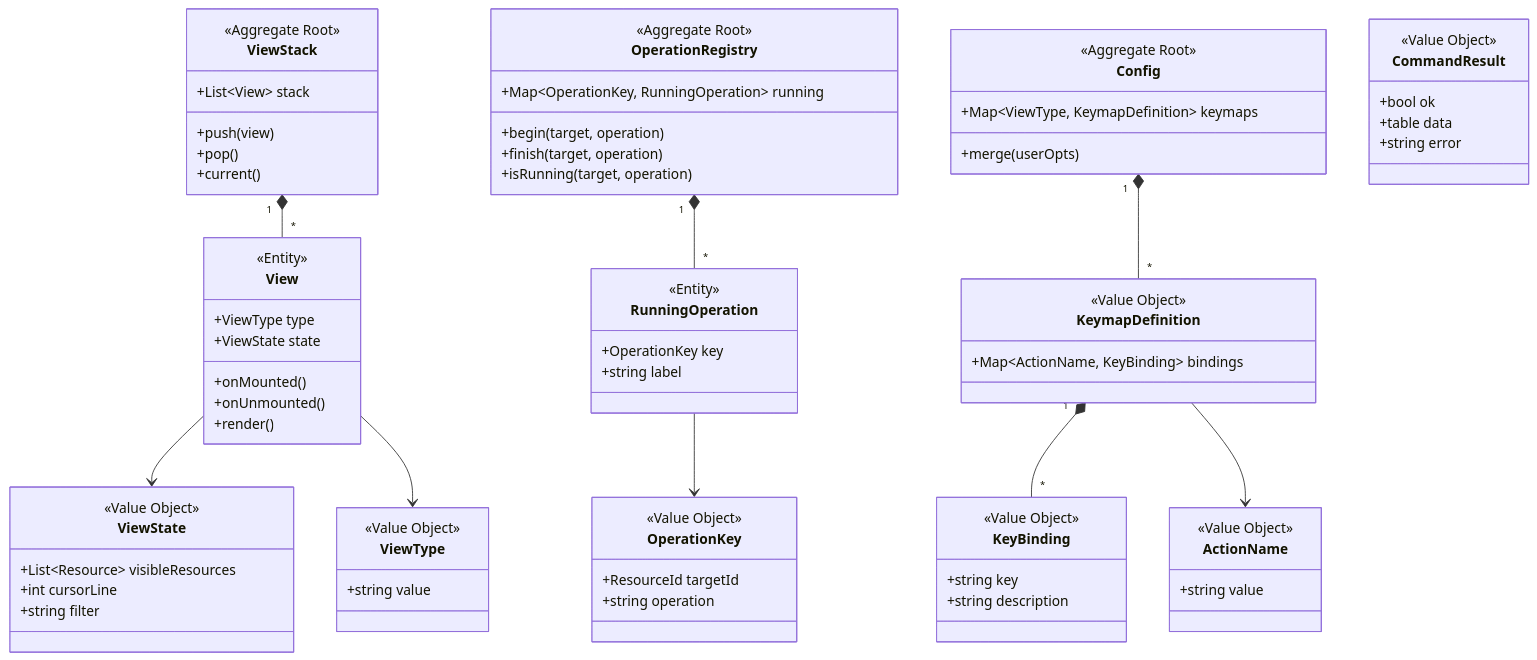
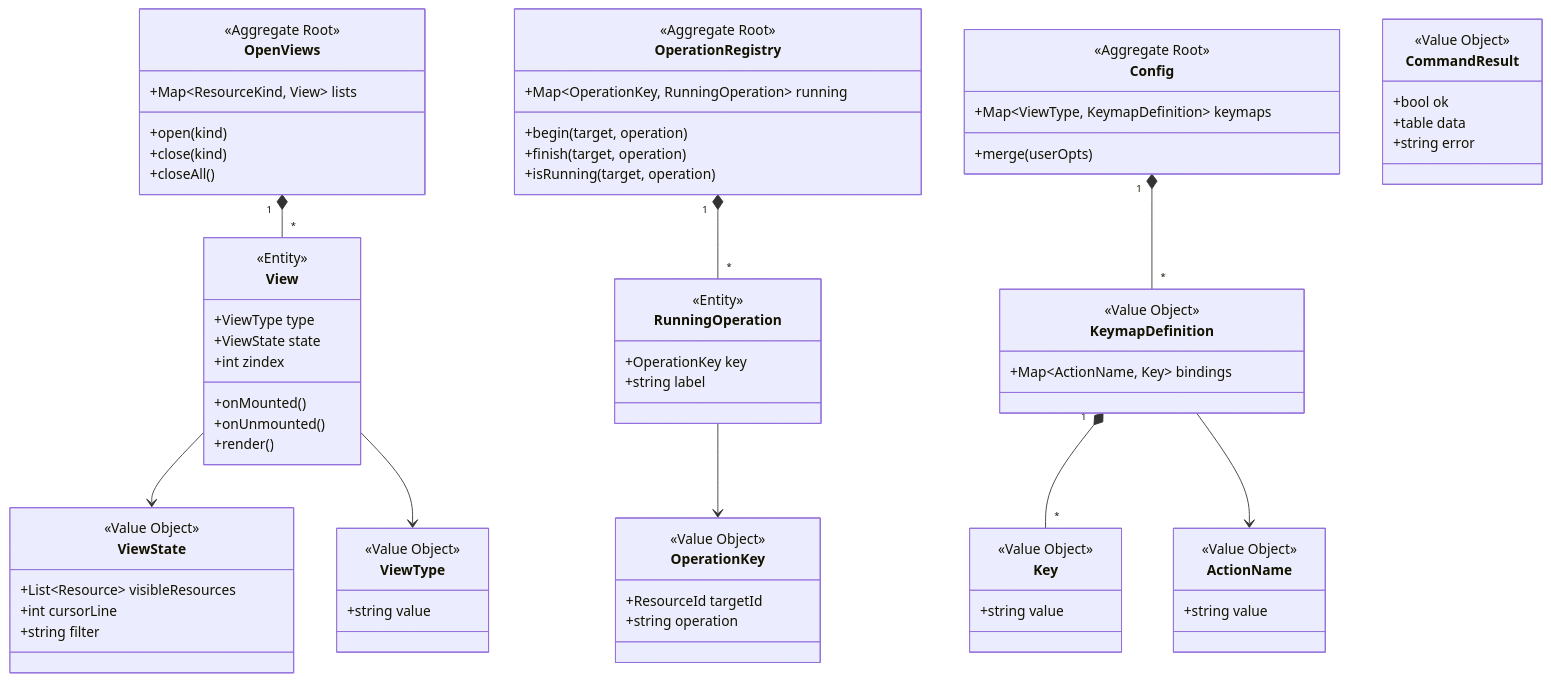
Before and after one commit to skanehira/docker.nvim: the third of 3 diagrams in docs/DOMAIN_MODEL.md, drawn with Mermaid. The commit also changed other lines of this file and 9 other files, not shown here.

````diff
--- a/docs/DOMAIN_MODEL.md
+++ b/docs/DOMAIN_MODEL.md
@@ -195,17 +198,18 @@
 ```mermaid
 classDiagram
-    class ViewStack {
+    class OpenViews {
         <<Aggregate Root>>
-        +List~View~ stack
-        +push(view)
-        +pop()
-        +current()
+        +Map~ResourceKind, View~ lists
+        +open(kind)
+        +close(kind)
+        +closeAll()
     }
 
     class View {
         <<Entity>>
         +ViewType type
         +ViewState state
+        +int zindex
         +onMounted()
         +onUnmounted()
         +render()
@@ -251,13 +255,12 @@
 
     class KeymapDefinition {
         <<Value Object>>
-        +Map~ActionName, KeyBinding~ bindings
+        +Map~ActionName, Key~ bindings
     }
 
-    class KeyBinding {
+    class Key {
         <<Value Object>>
-        +string key
-        +string description
+        +string value
     }
 
     class ActionName {
@@ -272,12 +275,12 @@
         +string error
     }
 
-    ViewStack "1" *-- "*" View
+    OpenViews "1" *-- "*" View
     View --> ViewState
     View --> ViewType
     OperationRegistry "1" *-- "*" RunningOperation
     RunningOperation --> OperationKey
     Config "1" *-- "*" KeymapDefinition
-    KeymapDefinition "1" *-- "*" KeyBinding
+    KeymapDefinition "1" *-- "*" Key
     KeymapDefinition --> ActionName
 ```
````
